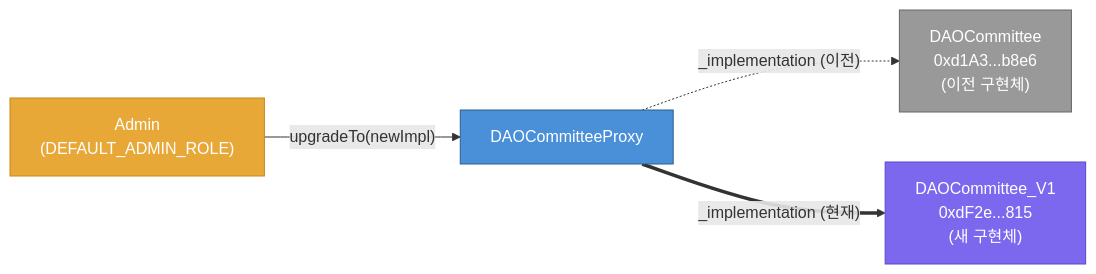
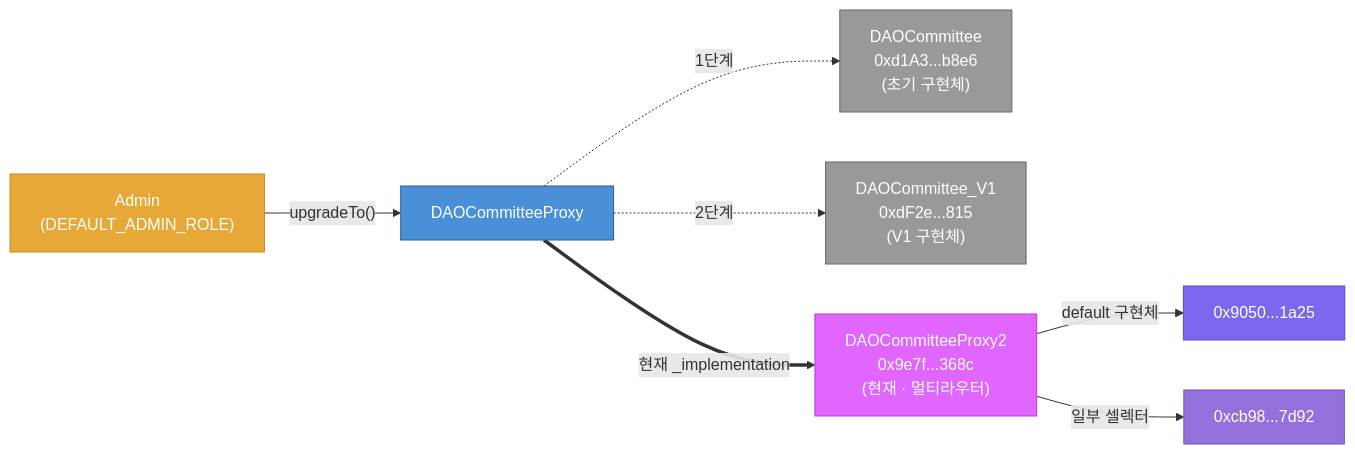
The fourth of 11 diagrams in docs/v1-architecture.md (tokamak-network/tokamak-dao-v2), drawn with Mermaid before and after one commit. The commit also changed other lines of this file, not shown here.

First line of the commit message:
docs: update V1 architecture with on-chain verified state

````diff
--- a/docs/v1-architecture.md
+++ b/docs/v1-architecture.md
@@ -125,16 +142,24 @@
 ```mermaid
 graph LR
     ADMIN["Admin<br/>(DEFAULT_ADMIN_ROLE)"]
     DCP["DAOCommitteeProxy"]
-    OLD["DAOCommittee<br/>0xd1A3...b8e6<br/>(이전 구현체)"]
-    NEW["DAOCommittee_V1<br/>0xdF2e...815<br/>(새 구현체)"]
+    V0["DAOCommittee<br/>0xd1A3...b8e6<br/>(초기 구현체)"]
+    V1["DAOCommittee_V1<br/>0xdF2e...815<br/>(V1 구현체)"]
+    P2["DAOCommitteeProxy2<br/>0x9e7f...368c<br/>(현재 · 멀티라우터)"]
 
-    ADMIN -->|"upgradeTo(newImpl)"| DCP
-    DCP -.->|"_implementation (이전)"| OLD
-    DCP ==>|"_implementation (현재)"| NEW
+    ADMIN -->|"upgradeTo()"| DCP
+    DCP -.->|"1단계"| V0
+    DCP -.->|"2단계"| V1
+    DCP ==>|"현재 _implementation"| P2
+
+    P2 -->|"default 구현체"| IA["0x9050...1a25"]
+    P2 -->|"일부 셀렉터"| IB["0xcb98...7d92"]
 
     style DCP fill:#4A90D9,stroke:#2C5F8A,color:#fff
-    style OLD fill:#999,stroke:#666,color:#fff
-    style NEW fill:#7B68EE,stroke:#5B48CE,color:#fff
+    style V0 fill:#999,stroke:#666,color:#fff
+    style V1 fill:#999,stroke:#666,color:#fff
+    style P2 fill:#E066FF,stroke:#B040CC,color:#fff
+    style IA fill:#7B68EE,stroke:#5B48CE,color:#fff
+    style IB fill:#9370DB,stroke:#7350BB,color:#fff
     style ADMIN fill:#E8A838,stroke:#C88818,color:#fff
 ```
````
